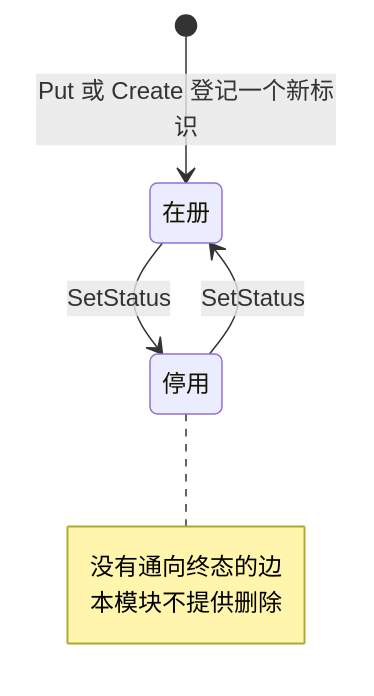
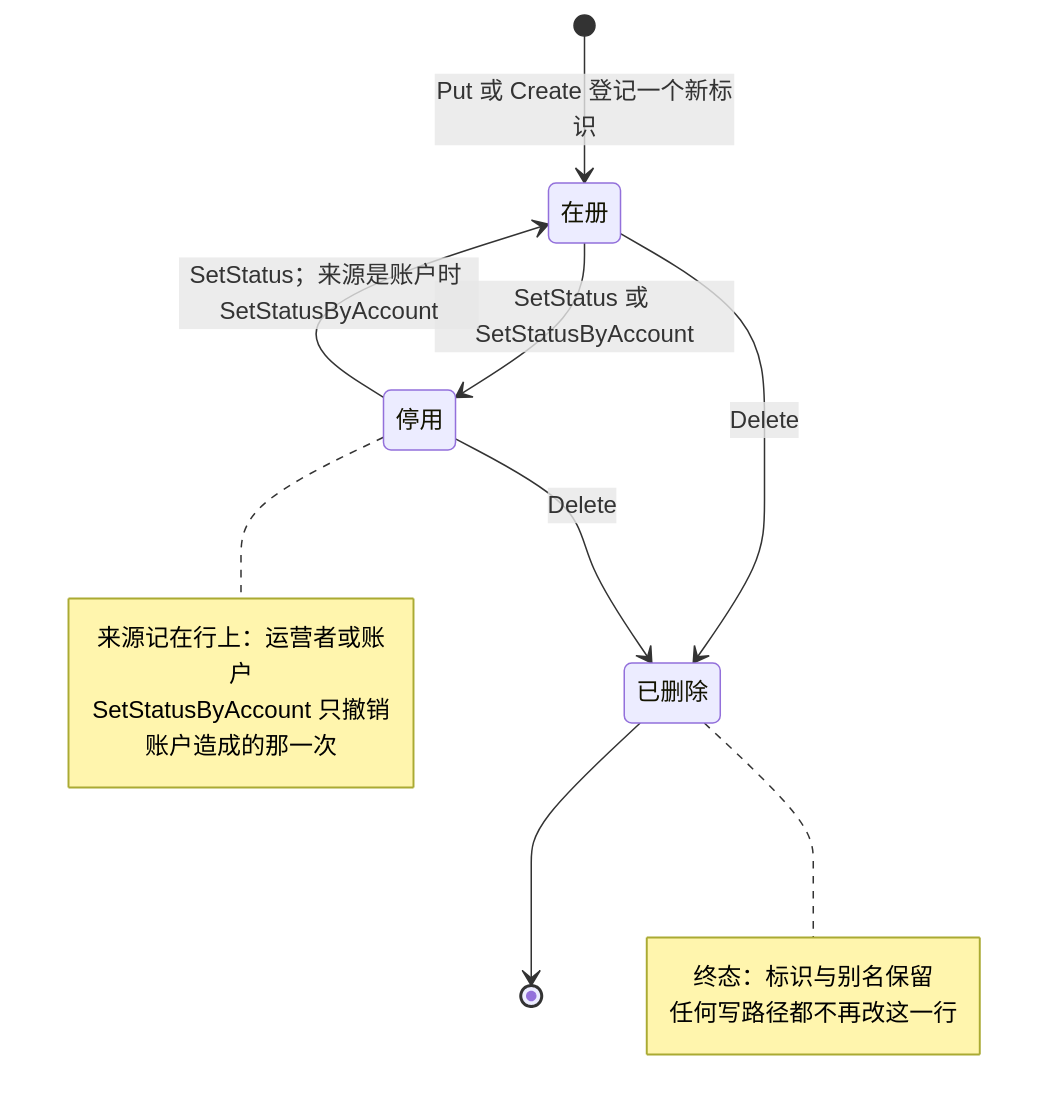
One commit to wangzw/speed changed the fourth of 5 diagrams in docs/design/modules/tenant/design-tenant.md. Above: the diagram before and after it, drawn with Mermaid. The commit also changed other lines of this file and 21 other files, not shown here.

````diff
--- a/docs/design/modules/tenant/design-tenant.md
+++ b/docs/design/modules/tenant/design-tenant.md
@@ -459,10 +573,17 @@
 ```mermaid
 stateDiagram-v2
     [*] --> 在册 : Put 或 Create 登记一个新标识
-    在册 --> 停用 : SetStatus
-    停用 --> 在册 : SetStatus
+    在册 --> 停用 : SetStatus 或 SetStatusByAccount
+    停用 --> 在册 : SetStatus；来源是账户时 SetStatusByAccount
+    在册 --> 已删除 : Delete
+    停用 --> 已删除 : Delete
+    已删除 --> [*]
     note right of 停用
-        没有通向终态的边
-        本模块不提供删除
+        来源记在行上：运营者或账户
+        SetStatusByAccount 只撤销账户造成的那一次
+    end note
+    note right of 已删除
+        终态：标识与别名保留
+        任何写路径都不再改这一行
     end note
 ```
````
